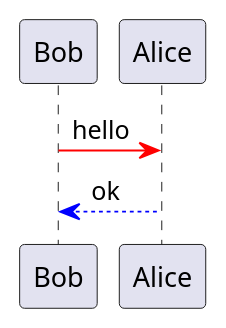
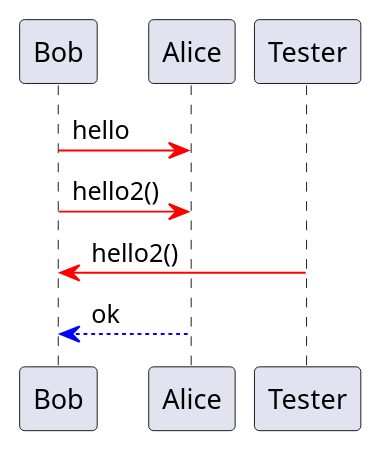
The first of 2 diagrams in documentation/test.md (studensis/studius), drawn with PlantUML before and after one commit. The commit also changed other lines of this file and 147 other files, not shown here.

```diff
--- a/documentation/test.md
+++ b/documentation/test.md
@@ -11,4 +13,6 @@
 @startuml
 Bob -[#red]> Alice : hello
+Bob -[#red]> Alice : hello2()
+Tester -[#red]> Bob : hello2()
 Alice -[#0000FF]->Bob : ok
 @enduml
```
